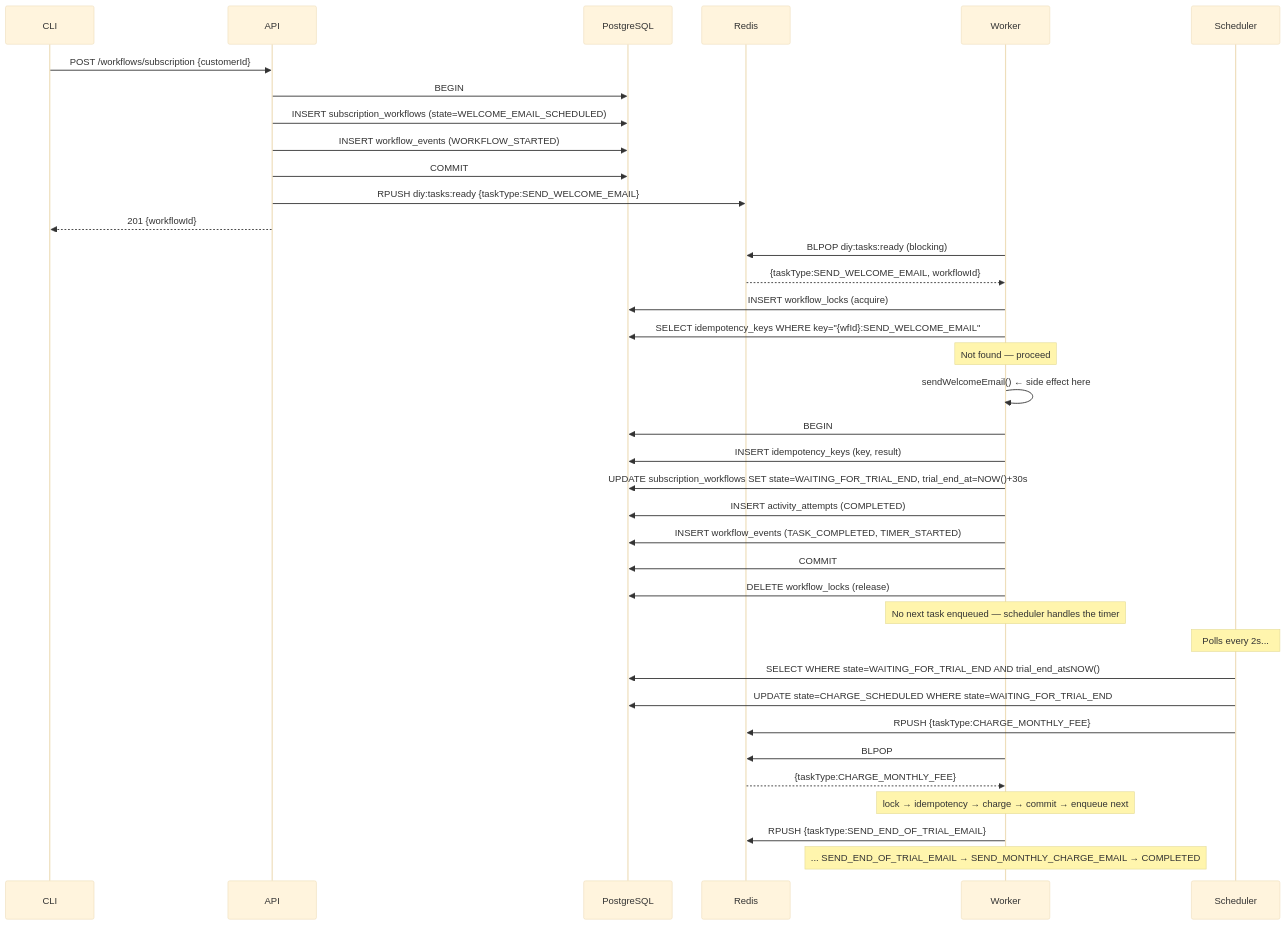
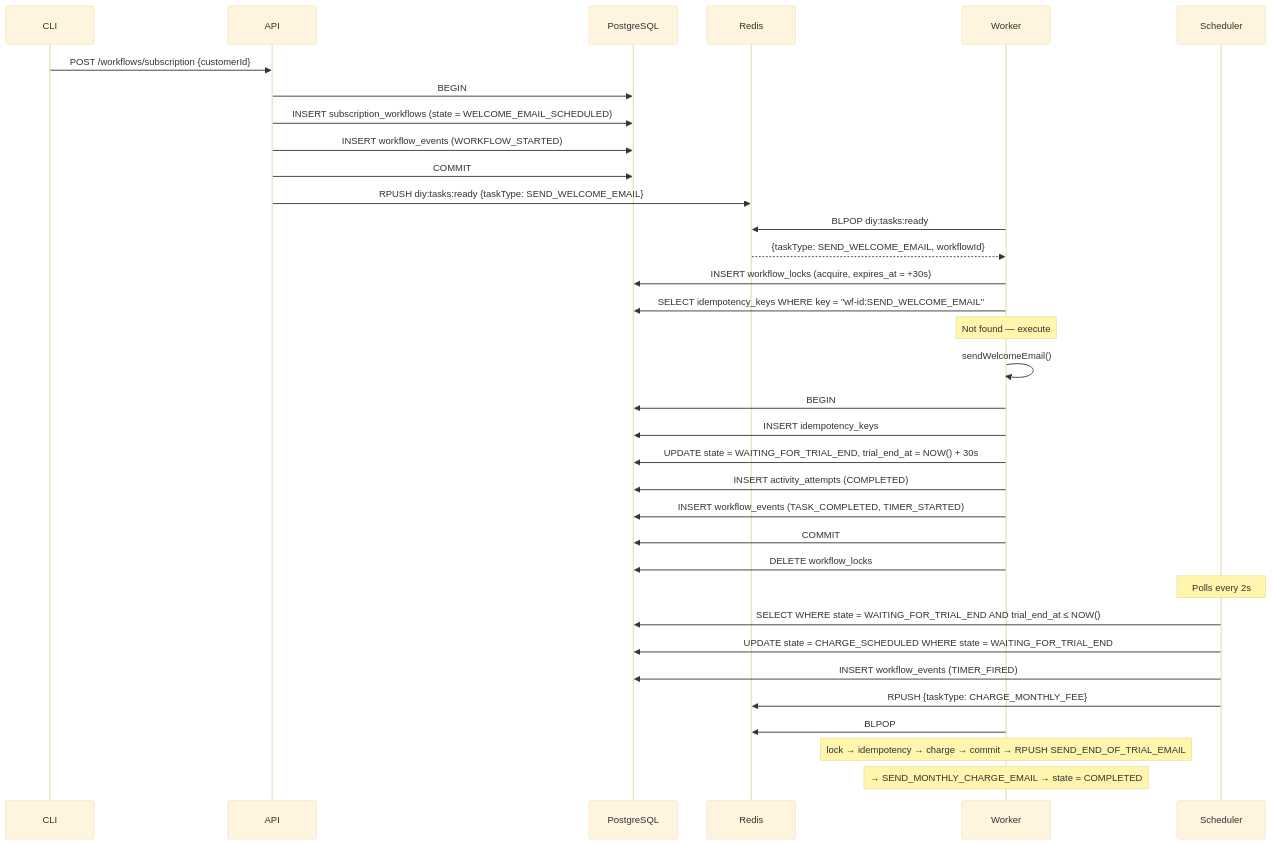
The fifth of 7 diagrams in docs/architecture.md (HackerM0nk/temporal-from-scratch), drawn with Mermaid (base theme) before and after one commit. The commit also changed other lines of this file and 1 other file, not shown here.

First line of the commit message:
Rewrite README and architecture docs

````diff
--- a/docs/architecture.md
+++ b/docs/architecture.md
@@ -185,49 +132,43 @@
 ```mermaid
 sequenceDiagram
     participant CLI
     participant API
     participant PG as PostgreSQL
     participant Redis
     participant Worker
     participant Scheduler
 
     CLI->>API: POST /workflows/subscription {customerId}
-
     API->>PG: BEGIN
-    API->>PG: INSERT subscription_workflows (state=WELCOME_EMAIL_SCHEDULED)
+    API->>PG: INSERT subscription_workflows (state = WELCOME_EMAIL_SCHEDULED)
     API->>PG: INSERT workflow_events (WORKFLOW_STARTED)
     API->>PG: COMMIT
-    API->>Redis: RPUSH diy:tasks:ready {taskType:SEND_WELCOME_EMAIL}
-    API-->>CLI: 201 {workflowId}
+    API->>Redis: RPUSH diy:tasks:ready {taskType: SEND_WELCOME_EMAIL}
 
-    Worker->>Redis: BLPOP diy:tasks:ready (blocking)
-    Redis-->>Worker: {taskType:SEND_WELCOME_EMAIL, workflowId}
+    Worker->>Redis: BLPOP diy:tasks:ready
+    Redis-->>Worker: {taskType: SEND_WELCOME_EMAIL, workflowId}
+    Worker->>PG: INSERT workflow_locks (acquire, expires_at = +30s)
+    Worker->>PG: SELECT idempotency_keys WHERE key = "wf-id:SEND_WELCOME_EMAIL"
+    Note over Worker: Not found — execute
 
-    Worker->>PG: INSERT workflow_locks (acquire)
-    Worker->>PG: SELECT idempotency_keys WHERE key="{wfId}:SEND_WELCOME_EMAIL"
-    Note over Worker: Not found — proceed
-
-    Worker->>Worker: sendWelcomeEmail() ← side effect here
+    Worker->>Worker: sendWelcomeEmail()
 
     Worker->>PG: BEGIN
-    Worker->>PG: INSERT idempotency_keys (key, result)
-    Worker->>PG: UPDATE subscription_workflows SET state=WAITING_FOR_TRIAL_END, trial_end_at=NOW()+30s
+    Worker->>PG: INSERT idempotency_keys
+    Worker->>PG: UPDATE state = WAITING_FOR_TRIAL_END, trial_end_at = NOW() + 30s
     Worker->>PG: INSERT activity_attempts (COMPLETED)
     Worker->>PG: INSERT workflow_events (TASK_COMPLETED, TIMER_STARTED)
     Worker->>PG: COMMIT
+    Worker->>PG: DELETE workflow_locks
 
-    Worker->>PG: DELETE workflow_locks (release)
-    Note over Worker: No next task enqueued — scheduler handles the timer
+    Note over Scheduler: Polls every 2s
 
-    Note over Scheduler: Polls every 2s...
-    Scheduler->>PG: SELECT WHERE state=WAITING_FOR_TRIAL_END AND trial_end_at≤NOW()
-    Scheduler->>PG: UPDATE state=CHARGE_SCHEDULED WHERE state=WAITING_FOR_TRIAL_END
-    Scheduler->>Redis: RPUSH {taskType:CHARGE_MONTHLY_FEE}
+    Scheduler->>PG: SELECT WHERE state = WAITING_FOR_TRIAL_END AND trial_end_at ≤ NOW()
+    Scheduler->>PG: UPDATE state = CHARGE_SCHEDULED WHERE state = WAITING_FOR_TRIAL_END
+    Scheduler->>PG: INSERT workflow_events (TIMER_FIRED)
+    Scheduler->>Redis: RPUSH {taskType: CHARGE_MONTHLY_FEE}
 
     Worker->>Redis: BLPOP
-    Redis-->>Worker: {taskType:CHARGE_MONTHLY_FEE}
-    Note over Worker: lock → idempotency → charge → commit → enqueue next
-    Worker->>Redis: RPUSH {taskType:SEND_END_OF_TRIAL_EMAIL}
-
-    Note over Worker: ... SEND_END_OF_TRIAL_EMAIL → SEND_MONTHLY_CHARGE_EMAIL → COMPLETED
+    Note over Worker: lock → idempotency → charge → commit → RPUSH SEND_END_OF_TRIAL_EMAIL
+    Note over Worker: → SEND_MONTHLY_CHARGE_EMAIL → state = COMPLETED
 ```
````
